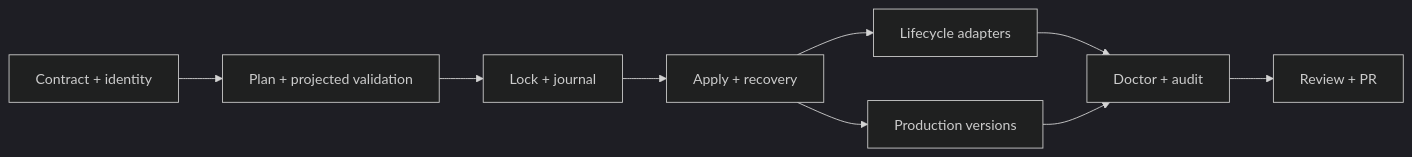
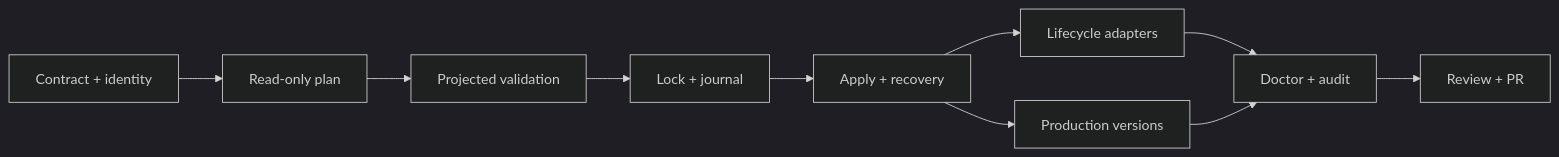
One commit to dongwonlee222/moduflow changed the diagram in specs/103-atomic-lifecycle-state-transaction/plan.md. Above: the diagram before and after it, drawn with Mermaid (dark theme). The commit also changed other lines of this file and 6 other files, not shown here.

````diff
--- a/specs/103-atomic-lifecycle-state-transaction/plan.md
+++ b/specs/103-atomic-lifecycle-state-transaction/plan.md
@@ -304,11 +361,12 @@
 ```mermaid
 flowchart LR
-    A1[Contract + identity] --> A2[Plan + projected validation]
-    A2 --> B1[Lock + journal]
+    A1[Contract + identity] --> A2[Read-only plan]
+    A2 --> A3[Projected validation]
+    A3 --> B1[Lock + journal]
     B1 --> B2[Apply + recovery]
     B2 --> C1[Lifecycle adapters]
     B2 --> C2[Production versions]
     C1 --> D1[Doctor + audit]
     C2 --> D1
     D1 --> D2[Review + PR]
 ```
````
